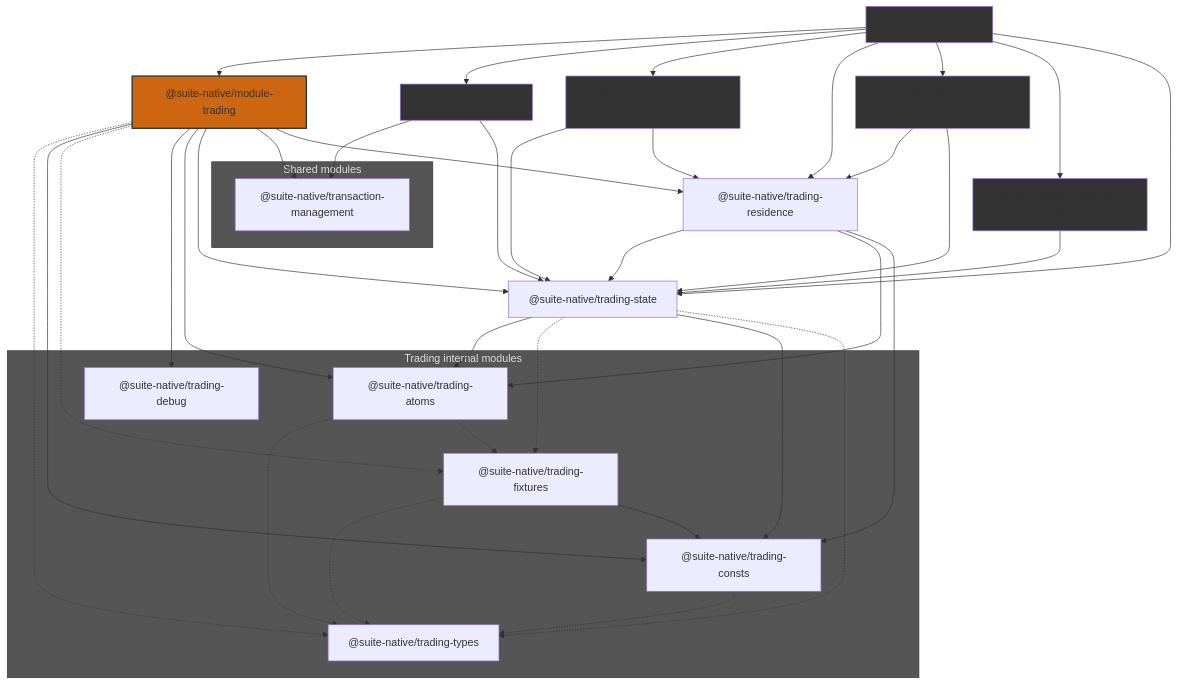
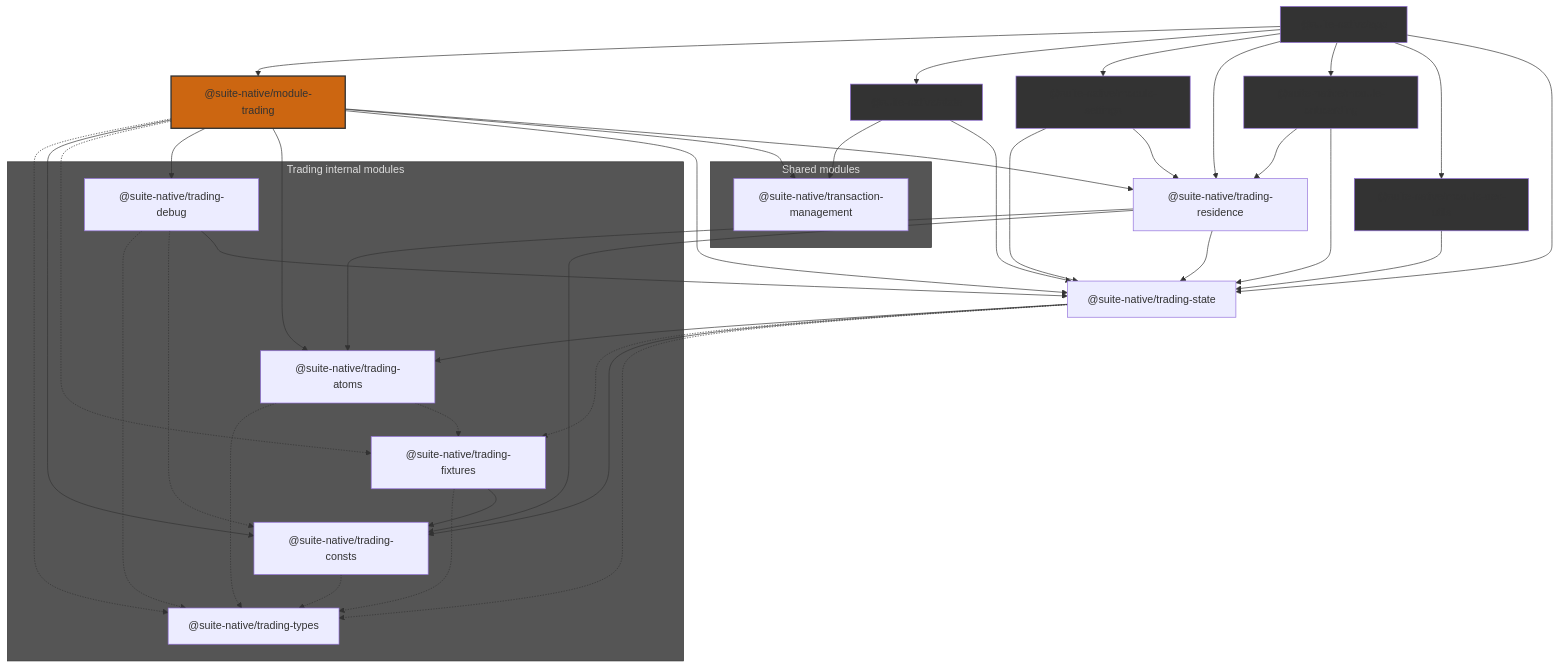
One commit to trezor/trezor-suite changed the diagram in suite-native/module-trading/README.md. Above: the diagram before and after it, drawn with Mermaid. The commit also changed 7 other files, not shown here.

````diff
--- a/suite-native/module-trading/README.md
+++ b/suite-native/module-trading/README.md
@@ -42,63 +42,66 @@
 ```mermaid
 graph TD
     app["@suite-native/app"]
     module-dev-utils["@suite-native/module-dev-utils"]
     module-onboarding["@suite-native/module-onboarding"]
     module-settings["@suite-native/module-settings"]
     state["@suite-native/state"]
     module-trading["@suite-native/module-trading"]
     trading-residence["@suite-native/trading-residence"]
     trading-state["@suite-native/trading-state"]
     subgraph trading-internal["Trading internal modules"]
         trading-atoms["@suite-native/trading-atoms"]
         trading-debug["@suite-native/trading-debug"]
         trading-fixtures["@suite-native/trading-fixtures"]
         trading-types["@suite-native/trading-types"]
         trading-consts["@suite-native/trading-consts"]
     end
     subgraph shared["Shared modules"]
         transaction-management["@suite-native/transaction-management"]
     end
 
     app --> module-trading
     app --> state
     app --> module-settings
     app --> trading-residence
     app --> module-onboarding
     app --> module-dev-utils
     app --> trading-state
     module-dev-utils --> trading-state
     module-onboarding --> trading-residence
     module-onboarding --> trading-state
     state --> transaction-management
     state --> trading-state
     module-settings --> trading-state
     module-settings --> trading-residence
     module-trading -.-> trading-types
     module-trading --> trading-consts
     module-trading -.-> trading-fixtures
     module-trading --> trading-debug
     module-trading --> trading-atoms
     module-trading --> trading-state
     module-trading --> transaction-management
     module-trading --> trading-residence
     trading-residence --> trading-state
     trading-residence --> trading-atoms
     trading-residence --> trading-consts
     trading-state --> trading-atoms
     trading-state -.-> trading-fixtures
     trading-state --> trading-consts
     trading-state -.-> trading-types
     trading-atoms -.-> trading-types
+    trading-debug -.-> trading-types
+    trading-debug -.-> trading-consts
+    trading-debug --> trading-state
     trading-atoms -.-> trading-fixtures
     trading-fixtures -.-> trading-types
     trading-fixtures --> trading-consts
     trading-consts -.-> trading-types
 
     classDef outer fill: #333
     classDef trading-root fill: #c61, stroke: #333, stroke-width: 2px
     classDef trading-group fill: #555, stroke: #333, color: #ddd
     class app,module-dev-utils,module-onboarding,module-settings,state outer
     class module-trading trading-root
     class trading-internal,shared trading-group
 ```
````
